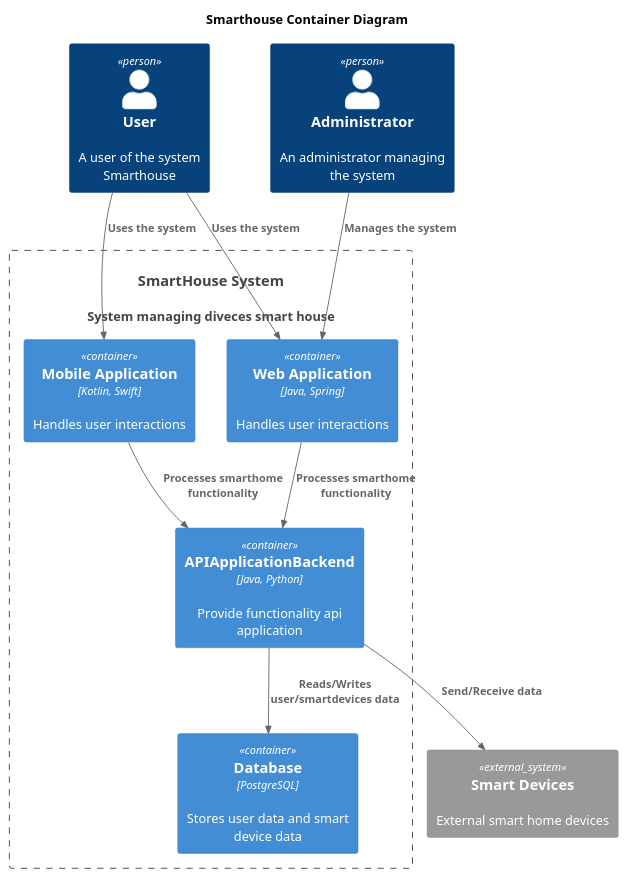
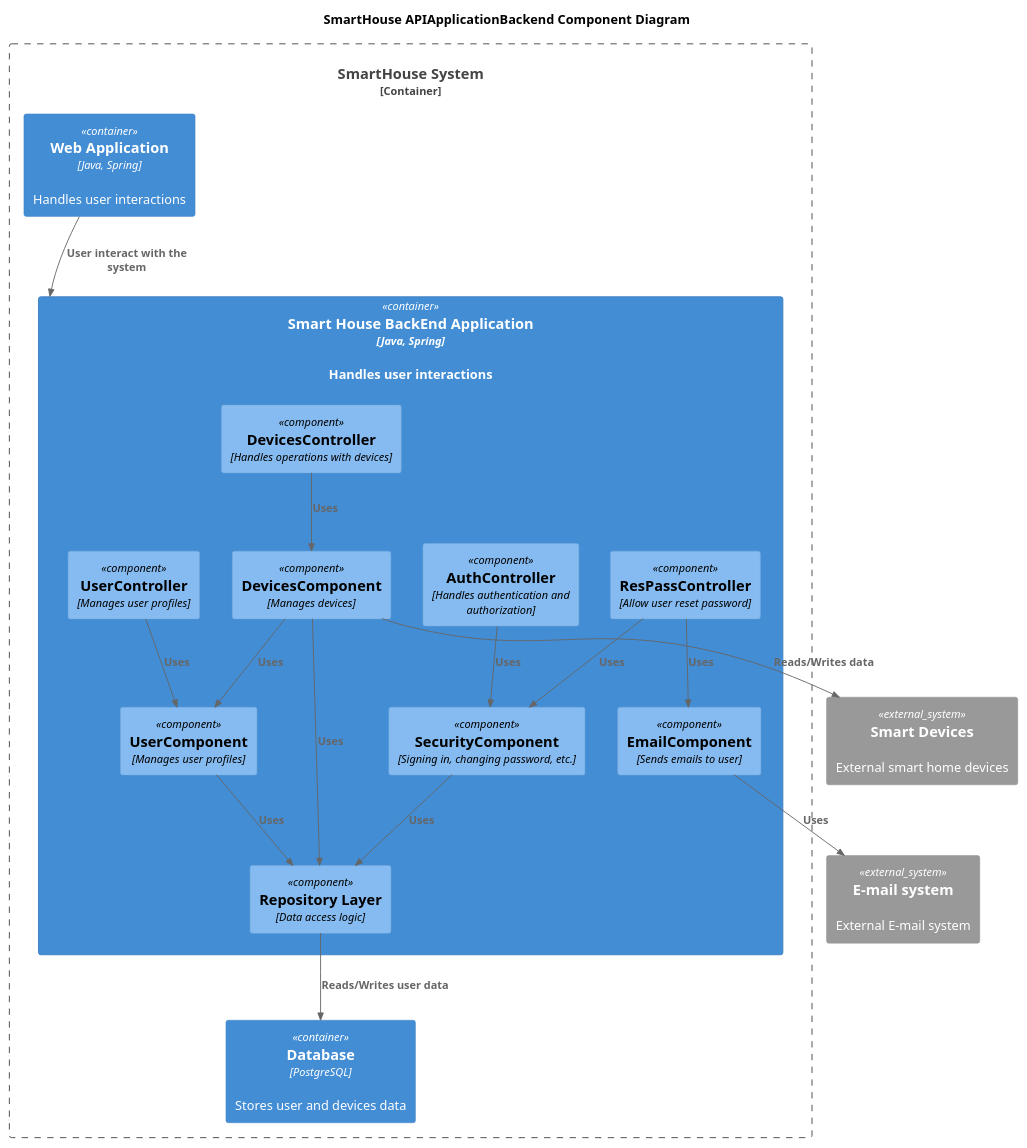
One commit to baranovilyaserg/architecture-pro-warmhouse changed the diagram in schemas/smarthouse_component.puml. Above: the diagram before and after it, drawn with PlantUML. The commit also changed 2 other files, not shown here.

```diff
--- a/schemas/smarthouse_component.puml
+++ b/schemas/smarthouse_component.puml
@@ -1,30 +1,50 @@
 @startuml
-title Smarthouse Container Diagram
+title SmartHouse APIApplicationBackend Component Diagram
 
 top to bottom direction
 
 !includeurl https://raw.githubusercontent.com/RicardoNiepel/C4-PlantUML/master/C4_Component.puml
 
-Person(user, "User", "A user of the system Smarthouse")
-Person(admin, "Administrator", "An administrator managing the system")
-System(SmartHouseSystem, "SmartHouse System", "System managing diveces smart house")
+Container_Boundary(SmartHouse, "SmartHouse System") {
+  Container(WebApp, "Web Application", "Java, Spring", "Handles user interactions")
+  Container(APIApplicationBackend, "Smart House BackEnd Application", "Java, Spring", "Handles user interactions")
+  Container(Database, "Database", "PostgreSQL", "Stores user and devices data")
+}
 
-Container_Boundary(SmartHouseSystem, "SmartHouse System") {
-  Container(WebApp, "Web Application", "Java, Spring", "Handles user interactions")
-  Container(MobileApp, "Mobile Application", "Kotlin, Swift", "Handles user interactions")
-  Container(APIApplicationBackend, "APIApplicationBackend", "Java, Python", "Provide functionality api application")
-  Container(Database, "Database", "PostgreSQL", "Stores user data and smart device data")
+Container(APIApplicationBackend, "Provide functionality api application", "Java, Python") {
+  Component(AuthController, "AuthController", "Handles authentication and authorization")
+  Component(ResetPasswordController, "ResPassController", "Allow user reset password")
+  Component(SecurityComponent, "SecurityComponent", "Signing in, changing password, etc.")
+  Component(EmailComponent, "EmailComponent", "Sends emails to user")
+  Component(UserController, "UserController", "Manages user profiles")
+  Component(UserComponent, "UserComponent", "Manages user profiles")
+
+  Component(DevicesController, "DevicesController", "Handles operations with devices")
+  Component(DevicesComponent, "DevicesComponent", "Manages devices")
+
+  Component(RepositoryLayer, "Repository Layer", "Data access logic")
 }
 
 System_Ext(SmartDevices, "Smart Devices", "External smart home devices")
-
-Rel(user, WebApp, "Uses the system")
-Rel(user, MobileApp, "Uses the system")
-Rel(admin, WebApp,"Manages the system")
-Rel(WebApp, APIApplicationBackend, "Processes smarthome functionality")
-Rel(MobileApp, APIApplicationBackend, "Processes smarthome functionality")
-Rel(APIApplicationBackend, Database, "Reads/Writes user/smartdevices data")
-Rel(APIApplicationBackend, SmartDevices, "Send/Receive data")
+System_Ext(EmailSystem, "E-mail system", "External E-mail system")
 
 
+Rel(EmailComponent,EmailSystem,"Uses")
+
+Rel(WebApp,APIApplicationBackend,"User interact with the system")
+
+Rel(AuthController,SecurityComponent,"Uses")
+Rel(ResetPasswordController,SecurityComponent,"Uses")
+Rel(ResetPasswordController,EmailComponent,"Uses")
+Rel(SecurityComponent,RepositoryLayer,"Uses")
+
+Rel(UserController,UserComponent,"Uses")
+Rel(UserComponent,RepositoryLayer,"Uses")
+
+Rel(DevicesController,DevicesComponent,"Uses")
+Rel(DevicesComponent,SmartDevices,"Reads/Writes data")
+Rel(DevicesComponent,UserComponent,"Uses")
+Rel(DevicesComponent,RepositoryLayer,"Uses")
+
+Rel(RepositoryLayer,Database,"Reads/Writes user data")
 @enduml
```
